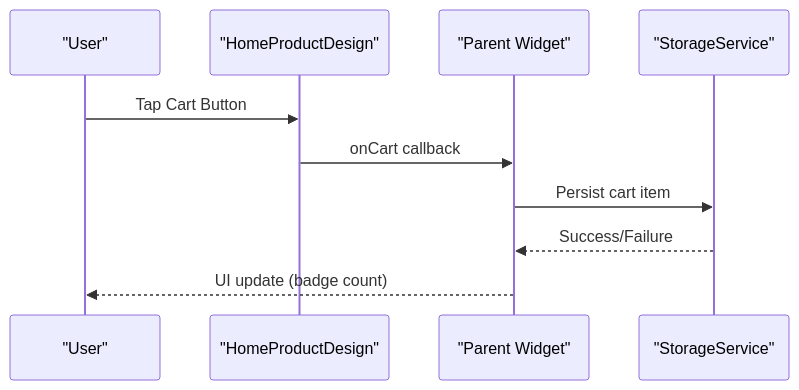
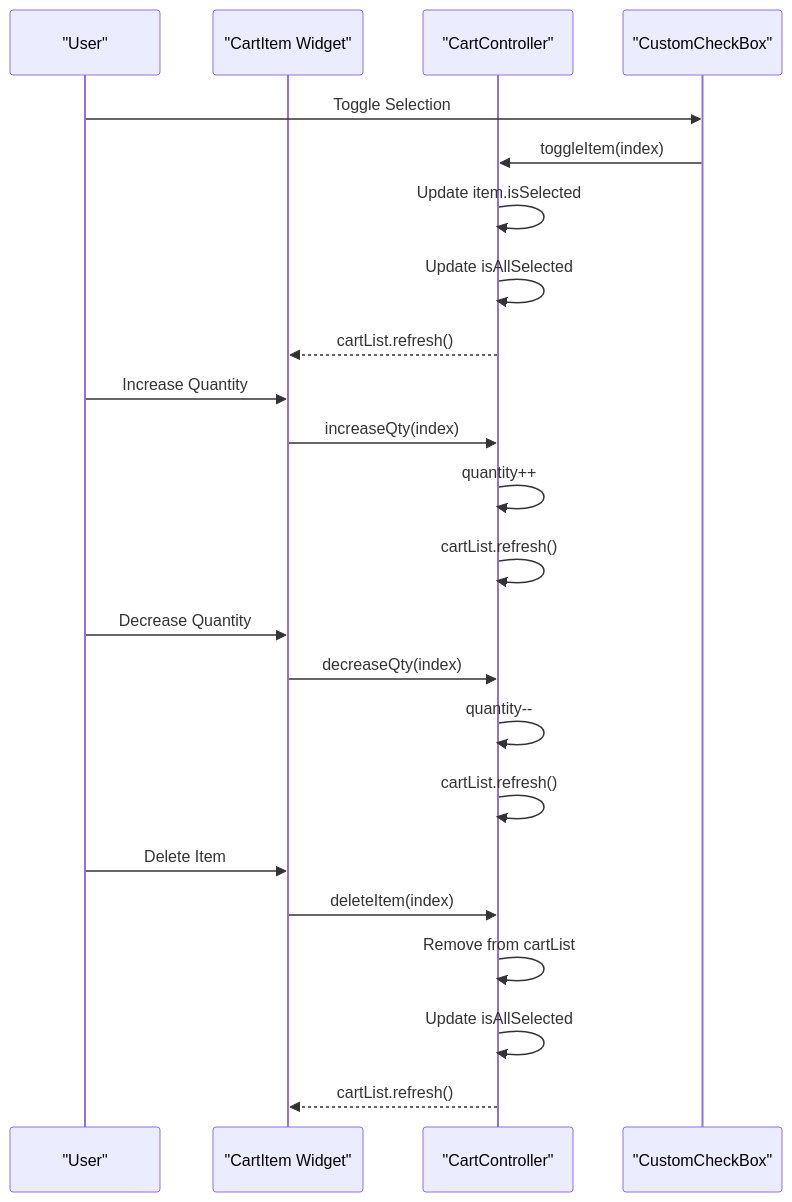
One commit to Ariful3111/FurniGo changed the sixth of 11 diagrams in .qoder/repowiki/en/content/Core Features/E-commerce Platform/Shopping Cart System.md. Above: the diagram before and after it, drawn with Mermaid. The commit also changed other lines of this file and 12 other files, not shown here.

````diff
--- a/.qoder/repowiki/en/content/Core Features/E-commerce Platform/Shopping Cart System.md
+++ b/.qoder/repowiki/en/content/Core Features/E-commerce Platform/Shopping Cart System.md
@@ -161,12 +246,25 @@
 ```mermaid
 sequenceDiagram
 participant User as "User"
-participant Widget as "HomeProductDesign"
-participant Parent as "Parent Widget"
-participant Storage as "StorageService"
-User->>Widget : Tap Cart Button
-Widget->>Parent : onCart callback
-Parent->>Storage : Persist cart item
-Storage-->>Parent : Success/Failure
-Parent-->>User : UI update (badge count)
+participant ItemWidget as "CartItem Widget"
+participant Controller as "CartController"
+participant CheckBox as "CustomCheckBox"
+User->>CheckBox : Toggle Selection
+CheckBox->>Controller : toggleItem(index)
+Controller->>Controller : Update item.isSelected
+Controller->>Controller : Update isAllSelected
+Controller-->>ItemWidget : cartList.refresh()
+User->>ItemWidget : Increase Quantity
+ItemWidget->>Controller : increaseQty(index)
+Controller->>Controller : quantity++
+Controller->>Controller : cartList.refresh()
+User->>ItemWidget : Decrease Quantity
+ItemWidget->>Controller : decreaseQty(index)
+Controller->>Controller : quantity--
+Controller->>Controller : cartList.refresh()
+User->>ItemWidget : Delete Item
+ItemWidget->>Controller : deleteItem(index)
+Controller->>Controller : Remove from cartList
+Controller->>Controller : Update isAllSelected
+Controller-->>ItemWidget : cartList.refresh()
 ```
````
